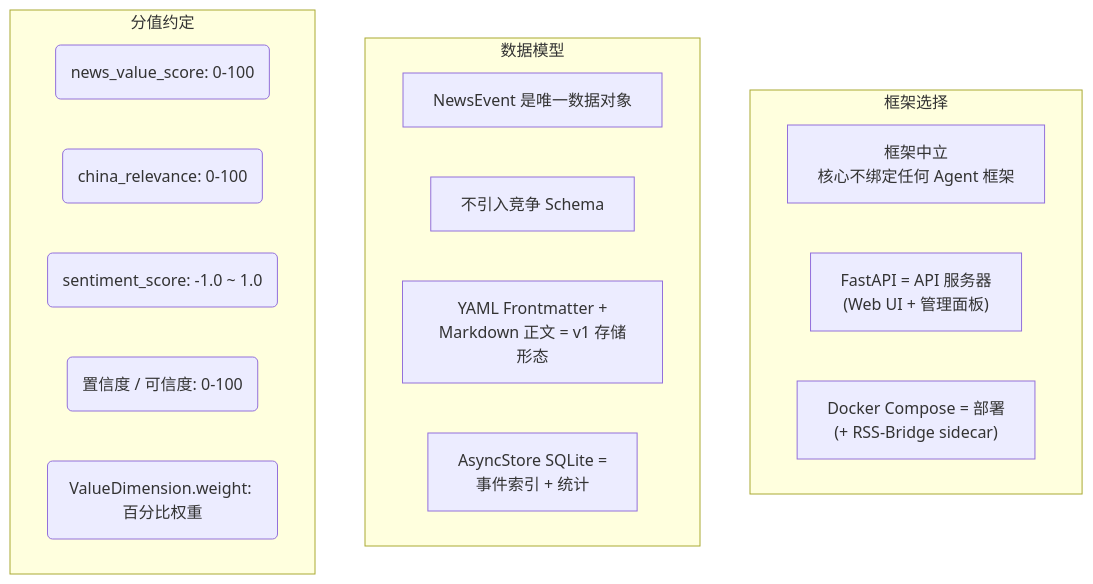
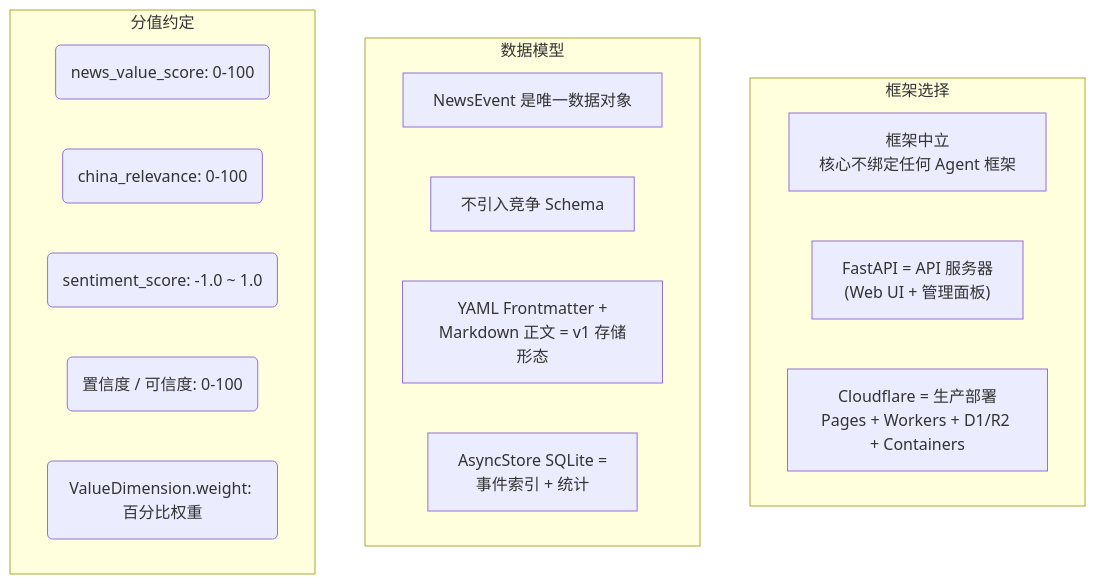
The third of 5 diagrams in AGENTS.md (XucroYuri/NewsSentry), drawn with Mermaid before and after one commit. The commit also changed other lines of this file and 16 other files, not shown here.

````diff
--- a/AGENTS.md
+++ b/AGENTS.md
@@ -147,23 +147,23 @@
 ```mermaid
 flowchart TD
     subgraph 框架["框架选择"]
         NEUTRAL["框架中立<br/>核心不绑定任何 Agent 框架"]
         FASTAPI["FastAPI = API 服务器<br/>(Web UI + 管理面板)"]
-        DOCKER["Docker Compose = 部署<br/>(+ RSS-Bridge sidecar)"]
+        DOCKER["Cloudflare = 生产部署<br/>Pages + Workers + D1/R2 + Containers"]
     end
 
     subgraph 数据["数据模型"]
         EV["NewsEvent 是唯一数据对象"]
         NOCOMP["不引入竞争 Schema"]
         FM["YAML Frontmatter +<br/>Markdown 正文 = v1 存储形态"]
         SQL["AsyncStore SQLite =<br/>事件索引 + 统计"]
     end
 
     subgraph 分值["分值约定"]
         S0("news_value_score: 0-100")
         S1("china_relevance: 0-100")
         S2("sentiment_score: -1.0 ~ 1.0")
         S3("置信度 / 可信度: 0-100")
         S4("ValueDimension.weight: 百分比权重")
     end
 ```
````
